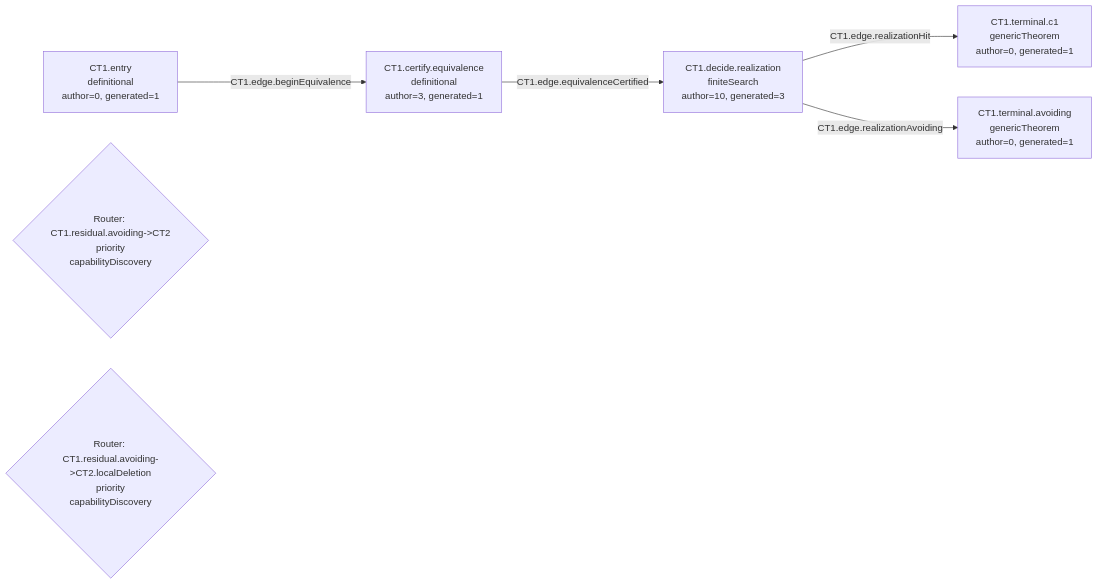
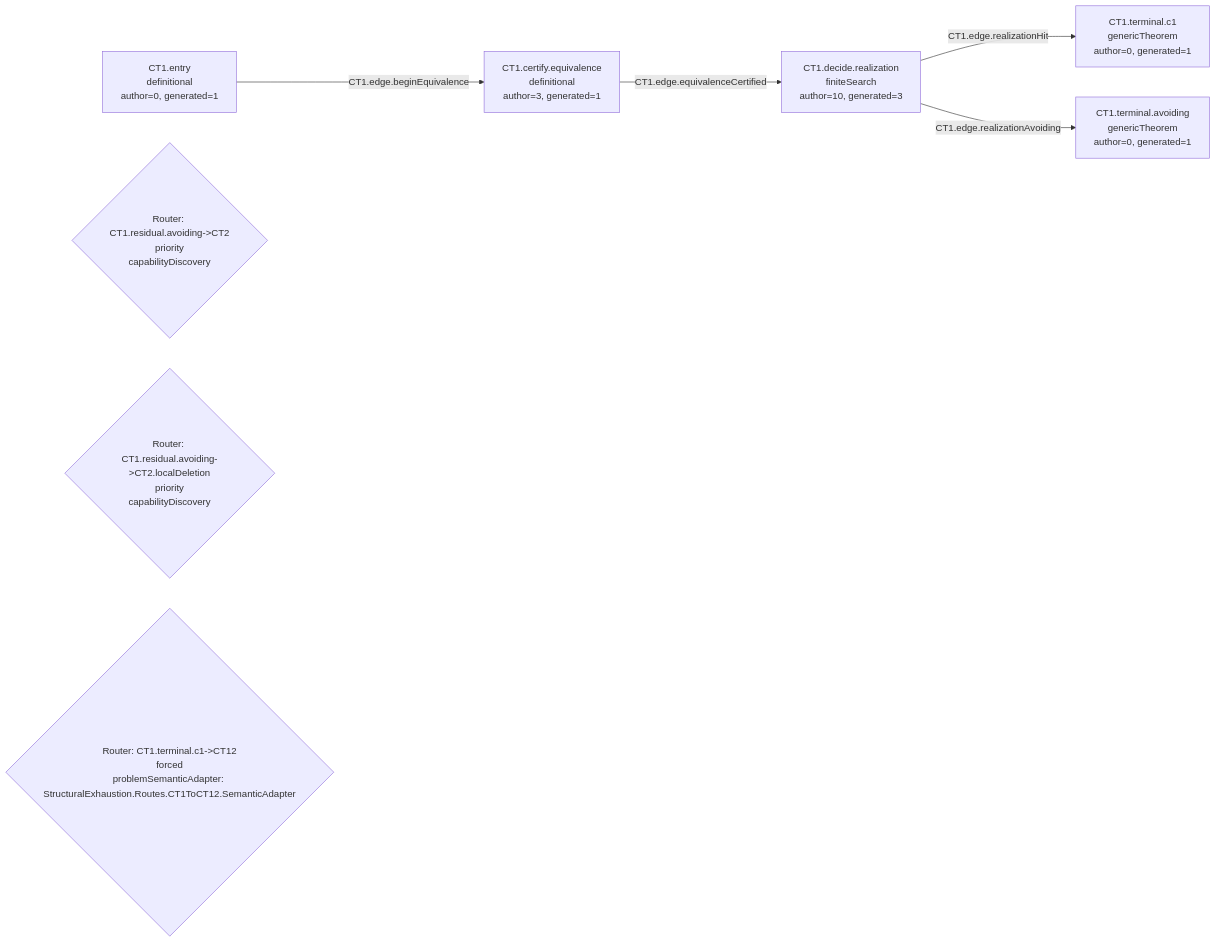
The diagram in generated/mermaid/CT1.mmd (Guillemdb/structural_exhaustion), drawn with Mermaid before and after one commit. The commit also changed 401 other files, not shown here.

```diff
--- a/generated/mermaid/CT1.mmd
+++ b/generated/mermaid/CT1.mmd
@@ -1,12 +1,13 @@
 flowchart LR
   N1["CT1.entry<br/>definitional<br/>author=0, generated=1"]
   N2["CT1.certify.equivalence<br/>definitional<br/>author=3, generated=1"]
   N3["CT1.decide.realization<br/>finiteSearch<br/>author=10, generated=3"]
   N4["CT1.terminal.c1<br/>genericTheorem<br/>author=0, generated=1"]
   N5["CT1.terminal.avoiding<br/>genericTheorem<br/>author=0, generated=1"]
   N1 -->|CT1.edge.beginEquivalence| N2
   N2 -->|CT1.edge.equivalenceCertified| N3
   N3 -->|CT1.edge.realizationHit| N4
   N3 -->|CT1.edge.realizationAvoiding| N5
   R1{"Router: CT1.residual.avoiding->CT2<br/>priority<br/>capabilityDiscovery"}
   R2{"Router: CT1.residual.avoiding->CT2.localDeletion<br/>priority<br/>capabilityDiscovery"}
+  R3{"Router: CT1.terminal.c1->CT12<br/>forced<br/>problemSemanticAdapter: StructuralExhaustion.Routes.CT1ToCT12.SemanticAdapter"}
```
